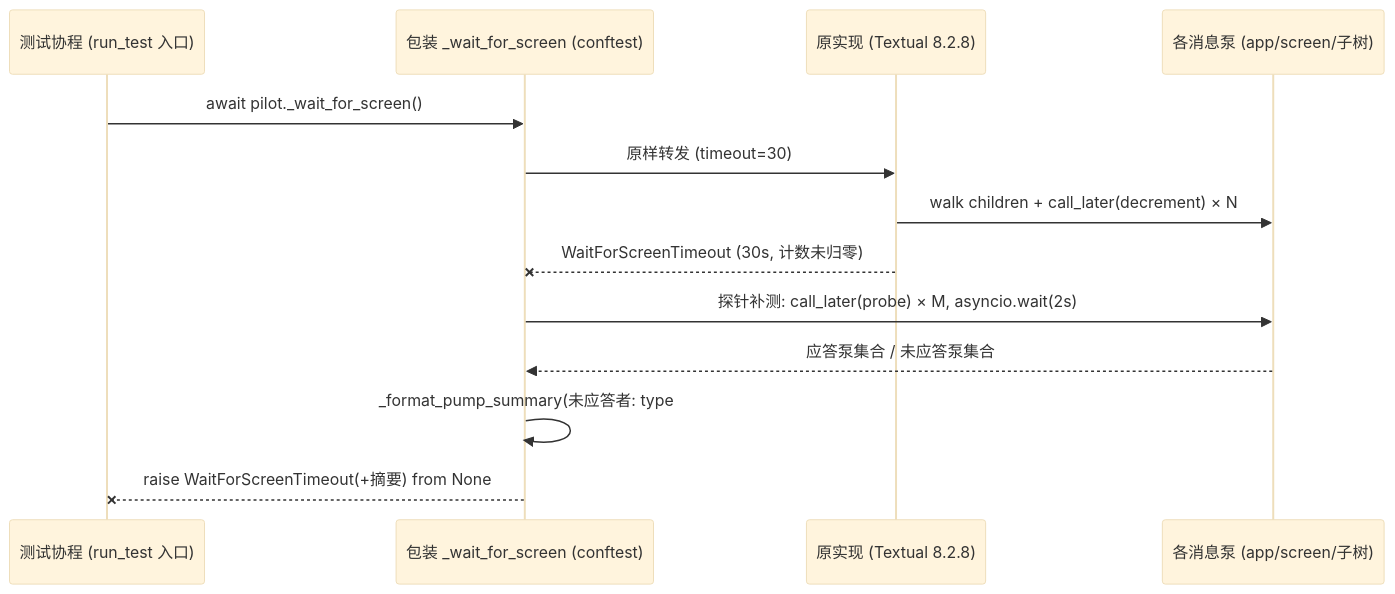
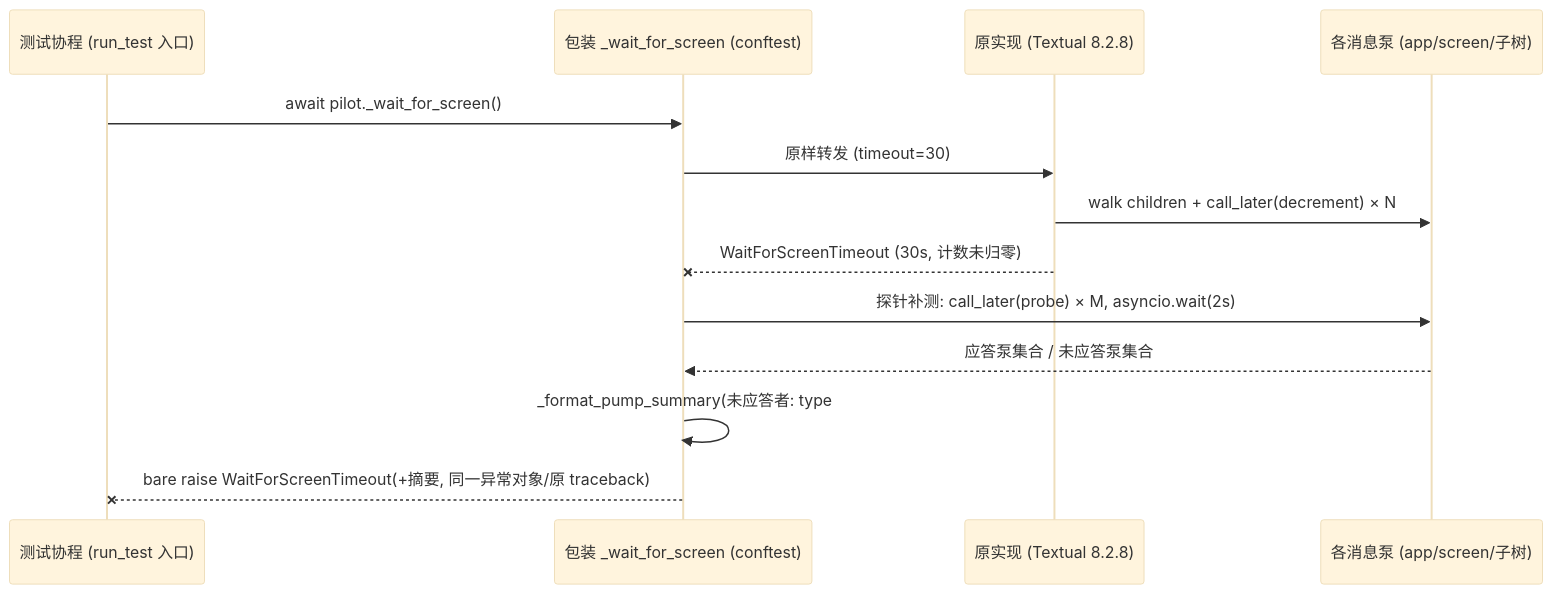
The diagram in .trae/documents/ci-pilot-startup-stall-plan.md (BigThxBrigde/yate), drawn with Mermaid (base theme) before and after one commit. The commit also changed other lines of this file, not shown here.

````diff
--- a/.trae/documents/ci-pilot-startup-stall-plan.md
+++ b/.trae/documents/ci-pilot-startup-stall-plan.md
@@ -115,16 +115,16 @@
 ```mermaid
 sequenceDiagram
     participant T as 测试协程 (run_test 入口)
     participant W as 包装 _wait_for_screen (conftest)
     participant O as 原实现 (Textual 8.2.8)
     participant P as 各消息泵 (app/screen/子树)
 
     T->>W: await pilot._wait_for_screen()
     W->>O: 原样转发 (timeout=30)
     O->>P: walk children + call_later(decrement) × N
     O--xW: WaitForScreenTimeout (30s, 计数未归零)
     W->>P: 探针补测: call_later(probe) × M, asyncio.wait(2s)
     P-->>W: 应答泵集合 / 未应答泵集合
     W->>W: _format_pump_summary(未应答者: type#id/task/closing/qsize/队列摘要)
-    W--xT: raise WaitForScreenTimeout(+摘要) from None
+    W--xT: bare raise WaitForScreenTimeout(+摘要, 同一异常对象/原 traceback)
 ```
````
